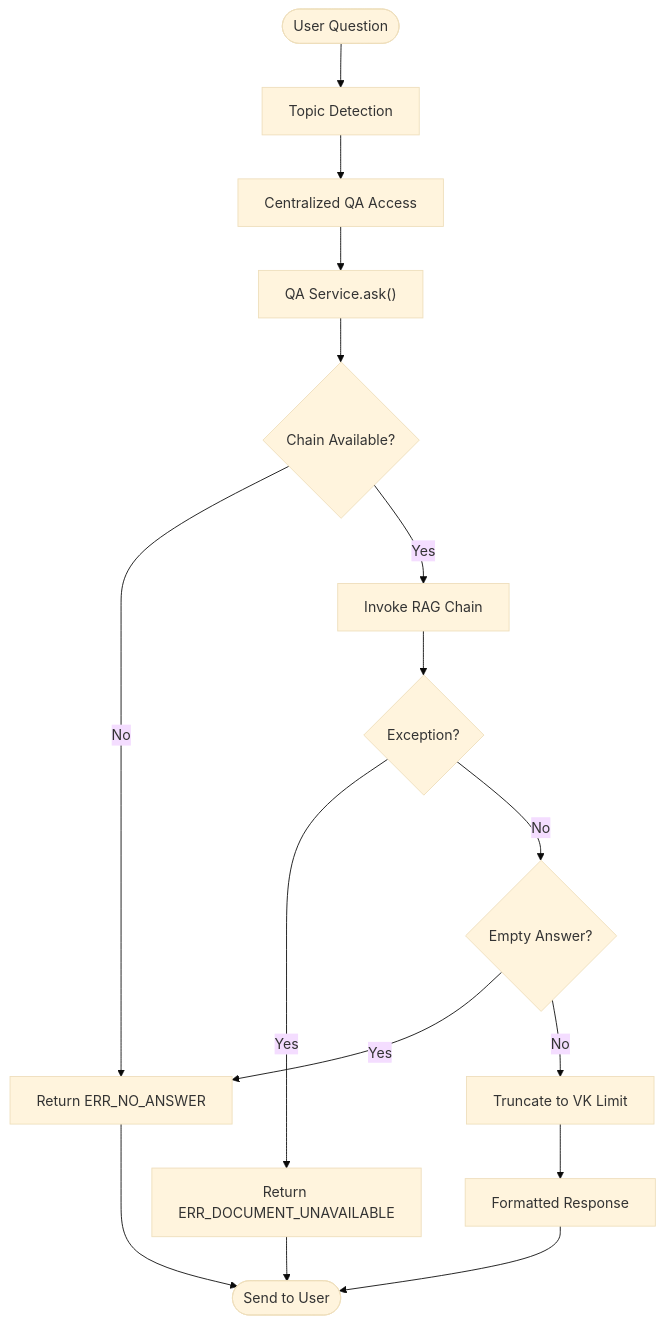
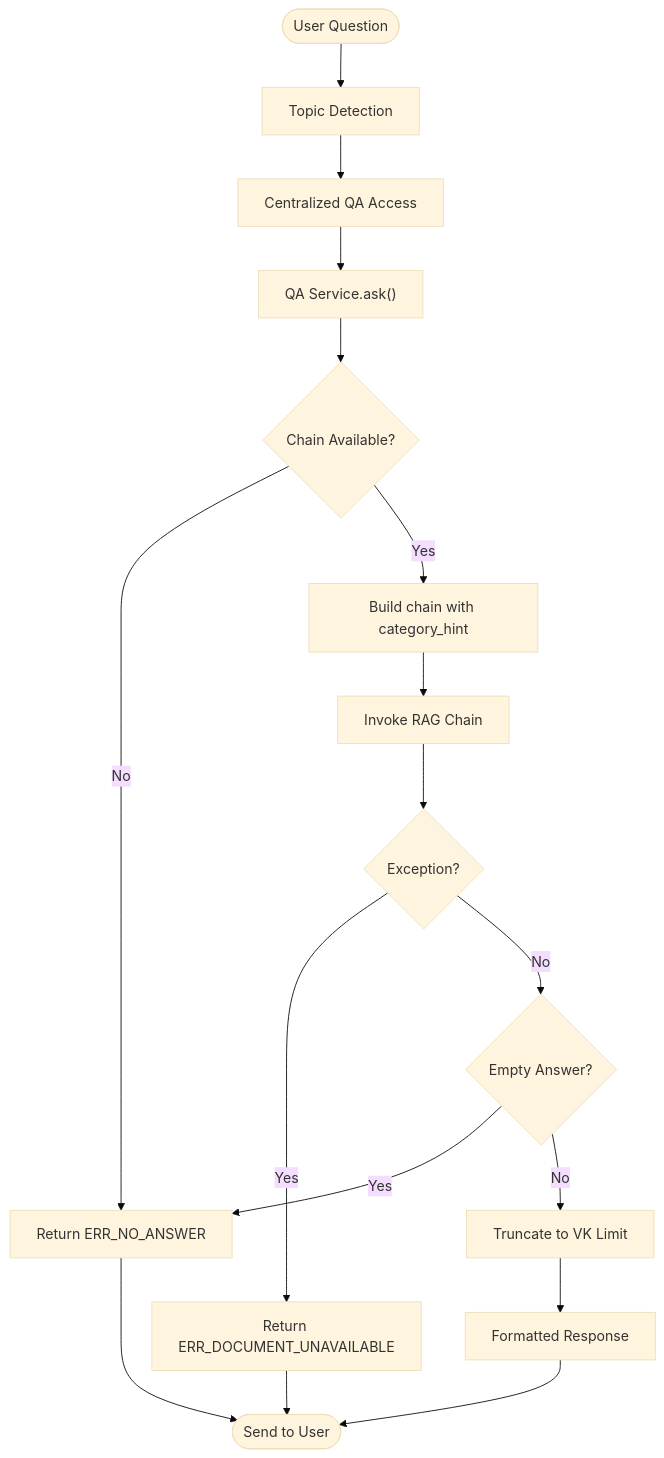
Before and after one commit to ognelis/cafetera_hr_bot: diagram 14 of 29 in .qoder/repowiki/en/content/VK Integration/VK Integration.md, drawn with Mermaid (base theme). The commit also changed other lines of this file and 27 other files, not shown here.

````diff
--- a/.qoder/repowiki/en/content/VK Integration/VK Integration.md
+++ b/.qoder/repowiki/en/content/VK Integration/VK Integration.md
@@ -625,18 +817,19 @@
 ```mermaid
 flowchart TD
 Start(["User Question"]) --> Detect["Topic Detection"]
 Detect --> Utils["Centralized QA Access"]
 Utils --> QAService["QA Service.ask()"]
 QAService --> CheckChain{"Chain Available?"}
 CheckChain --> |No| NoAnswer["Return ERR_NO_ANSWER"]
-CheckChain --> |Yes| Invoke["Invoke RAG Chain"]
+CheckChain --> |Yes| BuildChain["Build chain with category_hint"]
+BuildChain --> Invoke["Invoke RAG Chain"]
 Invoke --> HandleError{"Exception?"}
 HandleError --> |Yes| DocUnavailable["Return ERR_DOCUMENT_UNAVAILABLE"]
 HandleError --> |No| CheckAnswer{"Empty Answer?"}
 CheckAnswer --> |Yes| NoAnswer
 CheckAnswer --> |No| Truncate["Truncate to VK Limit"]
 Truncate --> Response["Formatted Response"]
 Response --> End(["Send to User"])
 NoAnswer --> End
 DocUnavailable --> End
 ```
````
